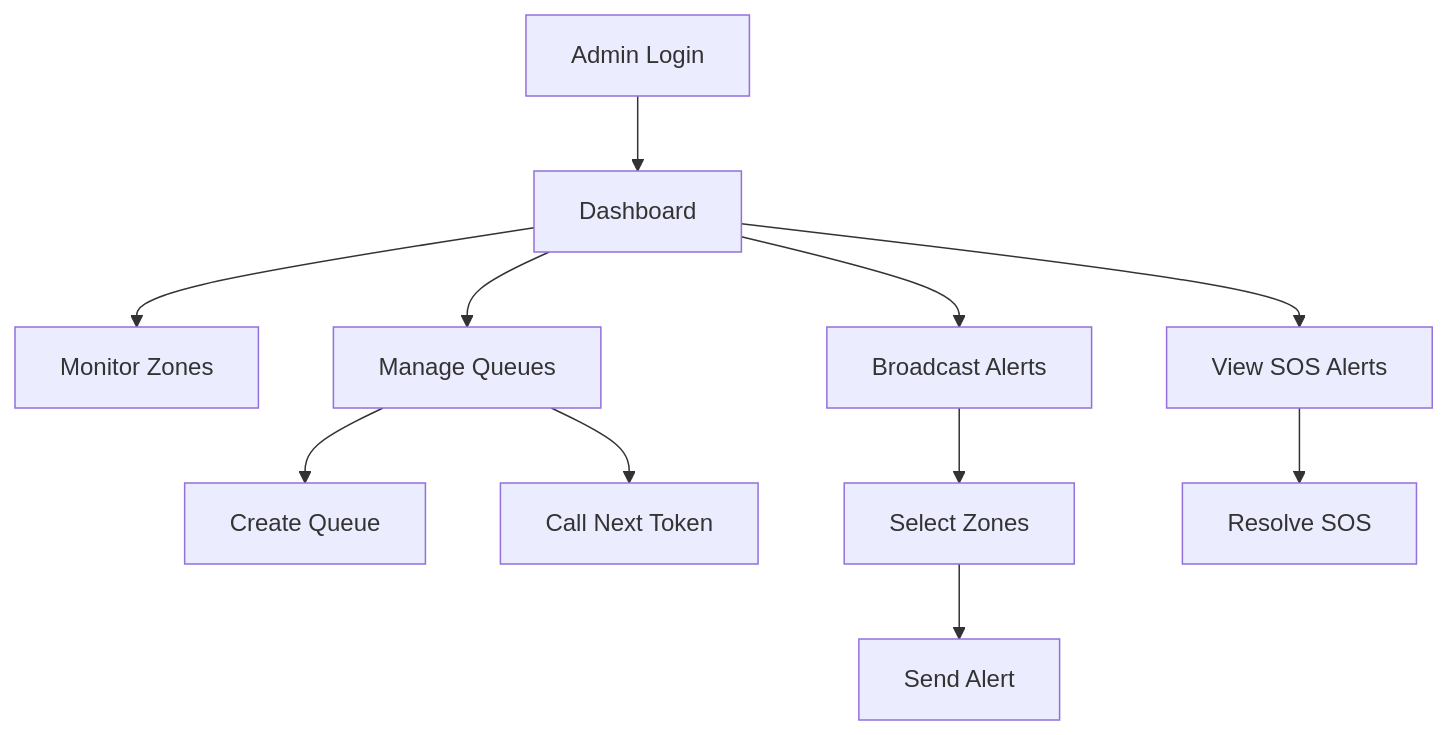
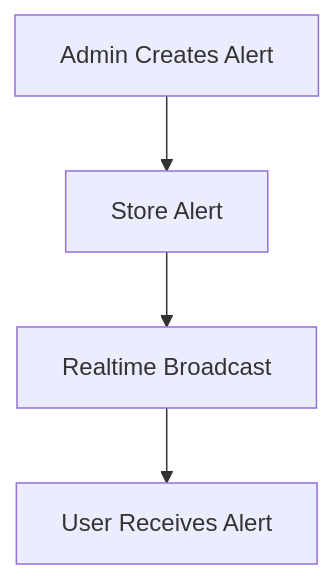
Before and after one commit to vanshrajputcodes/Flowsense: the fourth of 13 diagrams in README.md, drawn with Mermaid. The commit also changed other lines of this file, not shown here.

````diff
--- a/README.md
+++ b/README.md
@@ -57,16 +95,6 @@
 ```mermaid
 flowchart TD
-    A[Admin Login] --> B[Dashboard]
-    B --> C[Monitor Zones]
-    B --> D[Manage Queues]
-    B --> E[View SOS Alerts]
-    B --> F[Broadcast Alerts]
-
-    D --> G[Create Queue]
-    D --> H[Call Next Token]
-
-    F --> I[Select Zones]
-    I --> J[Send Alert]
-
-    E --> K[Resolve SOS]
+    A[Admin Creates Alert] --> B[Store Alert]
+    B --> C[Realtime Broadcast]
+    C --> D[User Receives Alert]
 ```
````
